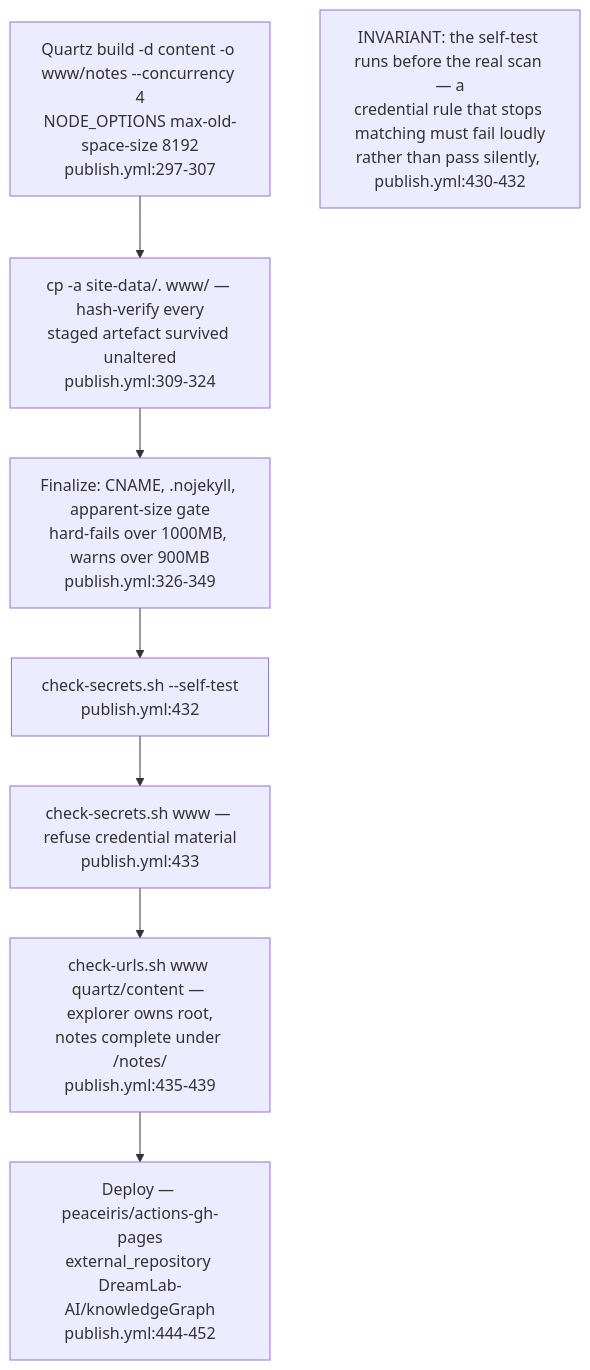
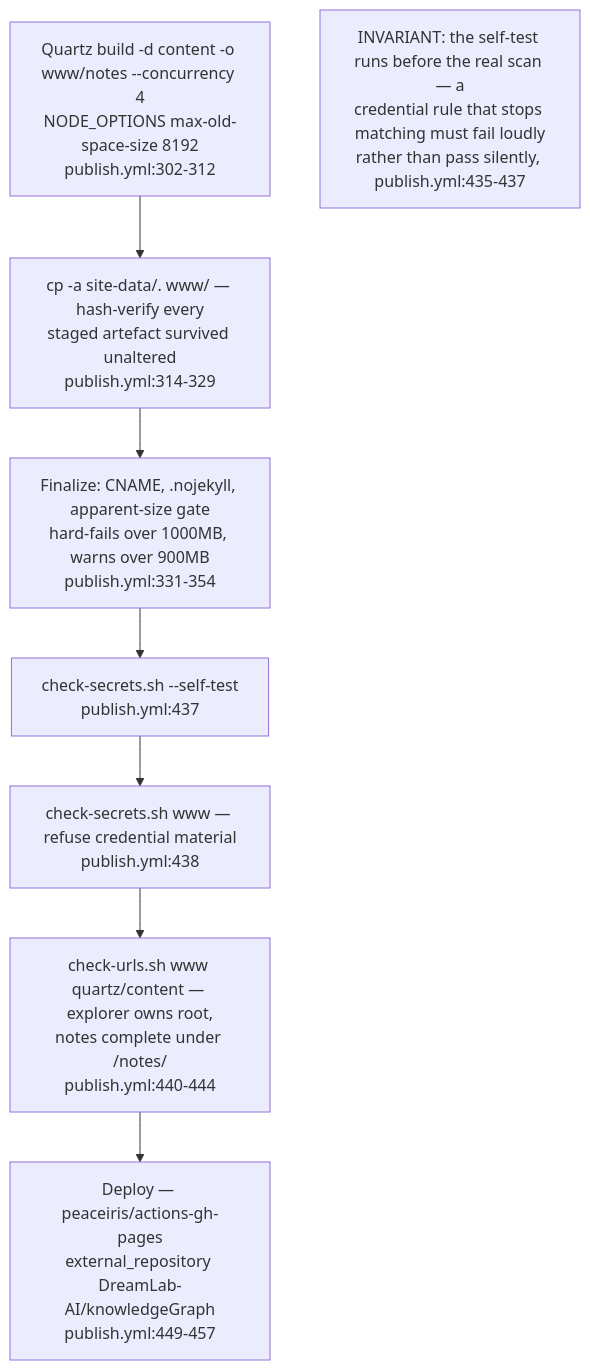
The fourth of 4 diagrams in docs/diagrams/visiongraph/03-publish-pipeline-and-explorer-build.md (DreamLab-AI/VisionFlow), drawn with Mermaid before and after one commit. The commit also changed other lines of this file and 94 other files, not shown here.

First line of the commit message:
docs(diagrams): re-verify 130 topics against 2 October HEADs

````diff
--- a/docs/diagrams/visiongraph/03-publish-pipeline-and-explorer-build.md
+++ b/docs/diagrams/visiongraph/03-publish-pipeline-and-explorer-build.md
@@ -79,12 +88,12 @@
 ```mermaid
 flowchart TD
-    QBUILD["Quartz build -d content -o www/notes --concurrency 4<br/>NODE_OPTIONS max-old-space-size 8192<br/>publish.yml:297-307"]
-    PLACE["cp -a site-data/. www/ — hash-verify every<br/>staged artefact survived unaltered<br/>publish.yml:309-324"]
-    SIZE["Finalize: CNAME, .nojekyll, apparent-size gate<br/>hard-fails over 1000MB, warns over 900MB<br/>publish.yml:326-349"]
-    SECSELF["check-secrets.sh --self-test<br/>publish.yml:432"]
-    SEC["check-secrets.sh www — refuse credential material<br/>publish.yml:433"]
-    URLCHK["check-urls.sh www quartz/content — explorer owns root,<br/>notes complete under /notes/<br/>publish.yml:435-439"]
-    DEPLOY["Deploy — peaceiris/actions-gh-pages<br/>external_repository DreamLab-AI/knowledgeGraph<br/>publish.yml:444-452"]
+    QBUILD["Quartz build -d content -o www/notes --concurrency 4<br/>NODE_OPTIONS max-old-space-size 8192<br/>publish.yml:302-312"]
+    PLACE["cp -a site-data/. www/ — hash-verify every<br/>staged artefact survived unaltered<br/>publish.yml:314-329"]
+    SIZE["Finalize: CNAME, .nojekyll, apparent-size gate<br/>hard-fails over 1000MB, warns over 900MB<br/>publish.yml:331-354"]
+    SECSELF["check-secrets.sh --self-test<br/>publish.yml:437"]
+    SEC["check-secrets.sh www — refuse credential material<br/>publish.yml:438"]
+    URLCHK["check-urls.sh www quartz/content — explorer owns root,<br/>notes complete under /notes/<br/>publish.yml:440-444"]
+    DEPLOY["Deploy — peaceiris/actions-gh-pages<br/>external_repository DreamLab-AI/knowledgeGraph<br/>publish.yml:449-457"]
     QBUILD --> PLACE --> SIZE --> SECSELF --> SEC --> URLCHK --> DEPLOY
-    note1["INVARIANT: the self-test runs before the real scan — a<br/>credential rule that stops matching must fail loudly<br/>rather than pass silently, publish.yml:430-432"]
+    note1["INVARIANT: the self-test runs before the real scan — a<br/>credential rule that stops matching must fail loudly<br/>rather than pass silently, publish.yml:435-437"]
 ```
````
